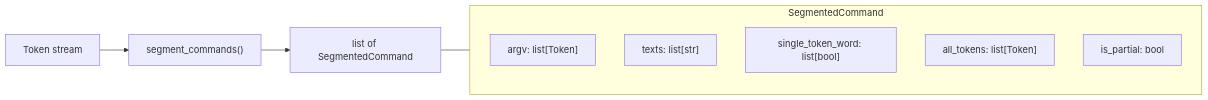
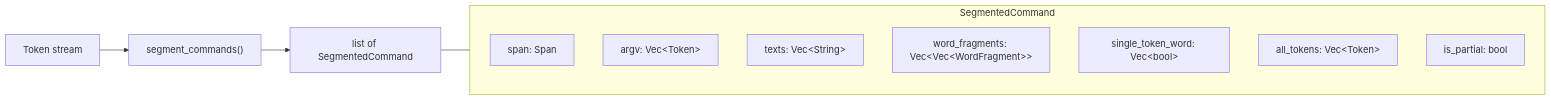
Before and after one commit to bitwisecook/tcl-lsp: the third of 20 diagrams in docs/design/compiler-architecture.md, drawn with Mermaid. The commit also changed other lines of this file and 163 other files, not shown here.

````diff
--- a/docs/design/compiler-architecture.md
+++ b/docs/design/compiler-architecture.md
@@ -132,16 +136,18 @@
 ```mermaid
 flowchart LR
     TOKS["Token stream"] --> SEGR["segment_commands()"]
     SEGR --> CMDS["list of SegmentedCommand"]
 
     subgraph SegmentedCommand
         direction TB
-        AV["argv: list[Token]"]
-        TX["texts: list[str]"]
-        ST["single_token_word: list[bool]"]
-        AT["all_tokens: list[Token]"]
+        SP["span: Span"]
+        AV["argv: Vec&lt;Token&gt;"]
+        TX["texts: Vec&lt;String&gt;"]
+        WF["word_fragments: Vec&lt;Vec&lt;WordFragment&gt;&gt;"]
+        ST["single_token_word: Vec&lt;bool&gt;"]
+        AT["all_tokens: Vec&lt;Token&gt;"]
         IP["is_partial: bool"]
     end
 
     CMDS --- SegmentedCommand
 ```
````
